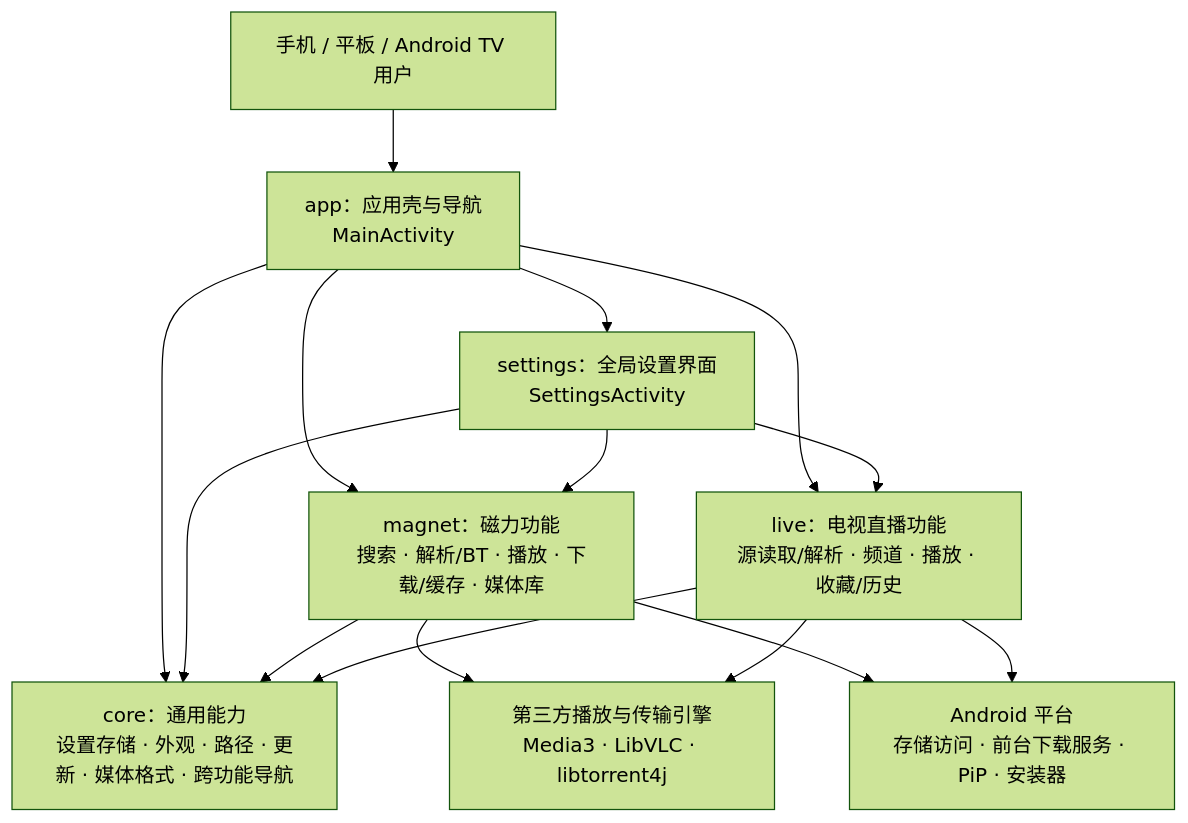
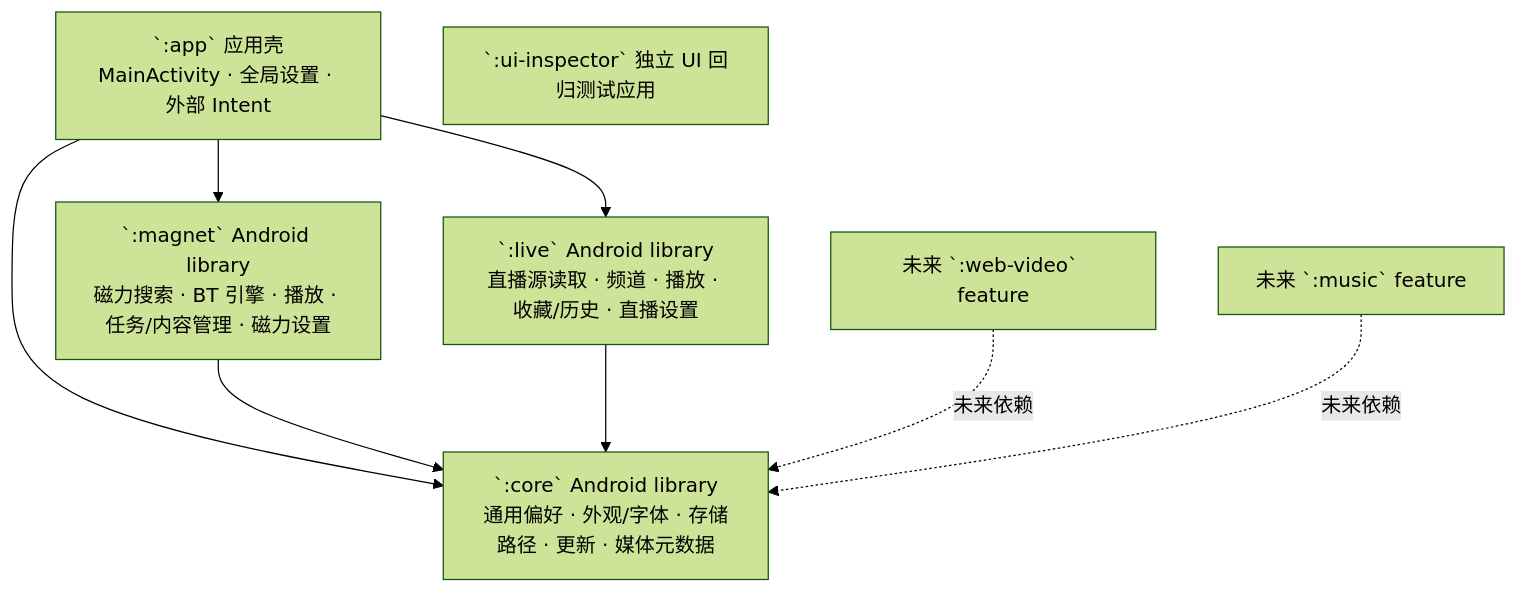
The diagram in docs/architecture.md (liao-zc/FreeMangnetPlayer), drawn with Mermaid (forest theme) before and after one commit. The commit also changed other lines of this file and 81 other files, not shown here.

Commit message:
Split OmniPlayer into core, magnet and live modules

````diff
--- a/docs/architecture.md
+++ b/docs/architecture.md
@@ -7,25 +7,18 @@
 ```mermaid
 flowchart TB
-    user[手机 / 平板 / Android TV 用户]
-    app[app：应用壳与导航\nMainActivity]
-    settings[settings：全局设置界面\nSettingsActivity]
-    core[core：通用能力\n设置存储 · 外观 · 路径 · 更新 · 媒体格式 · 跨功能导航]
-    magnet[magnet：磁力功能\n搜索 · 解析/BT · 播放 · 下载/缓存 · 媒体库]
-    live[live：电视直播功能\n源读取/解析 · 频道 · 播放 · 收藏/历史]
-    engine[第三方播放与传输引擎\nMedia3 · LibVLC · libtorrent4j]
-    platform[Android 平台\n存储访问 · 前台下载服务 · PiP · 安装器]
-    user --> app
+    app[`:app` 应用壳<br/>MainActivity · 全局设置 · 外部 Intent]
+    core[`:core` Android library<br/>通用偏好 · 外观/字体 · 存储路径 · 更新 · 媒体元数据]
+    magnet[`:magnet` Android library<br/>磁力搜索 · BT 引擎 · 播放 · 任务/内容管理 · 磁力设置]
+    live[`:live` Android library<br/>直播源读取 · 频道 · 播放 · 收藏/历史 · 直播设置]
+    inspector[`:ui-inspector` 独立 UI 回归测试应用]
+    web[未来 `:web-video` feature]
+    music[未来 `:music` feature]
+
+    app --> core
     app --> magnet
     app --> live
-    app --> settings
-    app --> core
-    settings --> core
-    settings --> magnet
-    settings --> live
     magnet --> core
     live --> core
-    magnet --> engine
-    live --> engine
-    magnet --> platform
-    live --> platform
+    web -.未来依赖.-> core
+    music -.未来依赖.-> core
 ```
````
